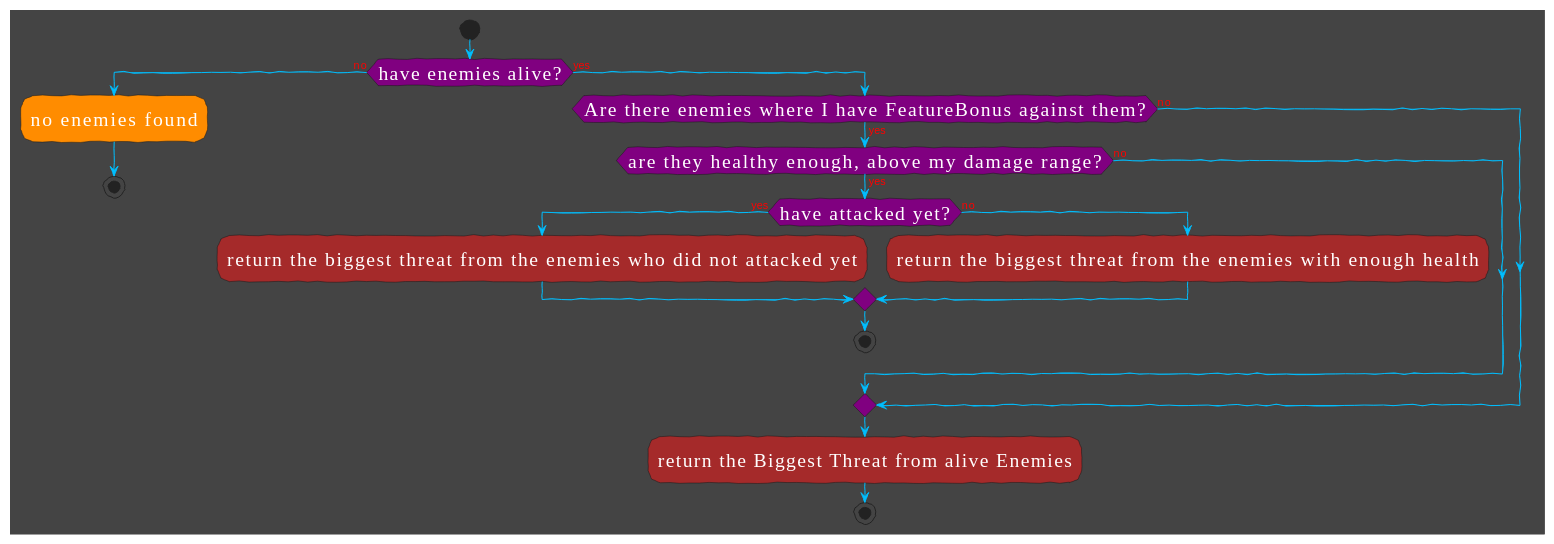
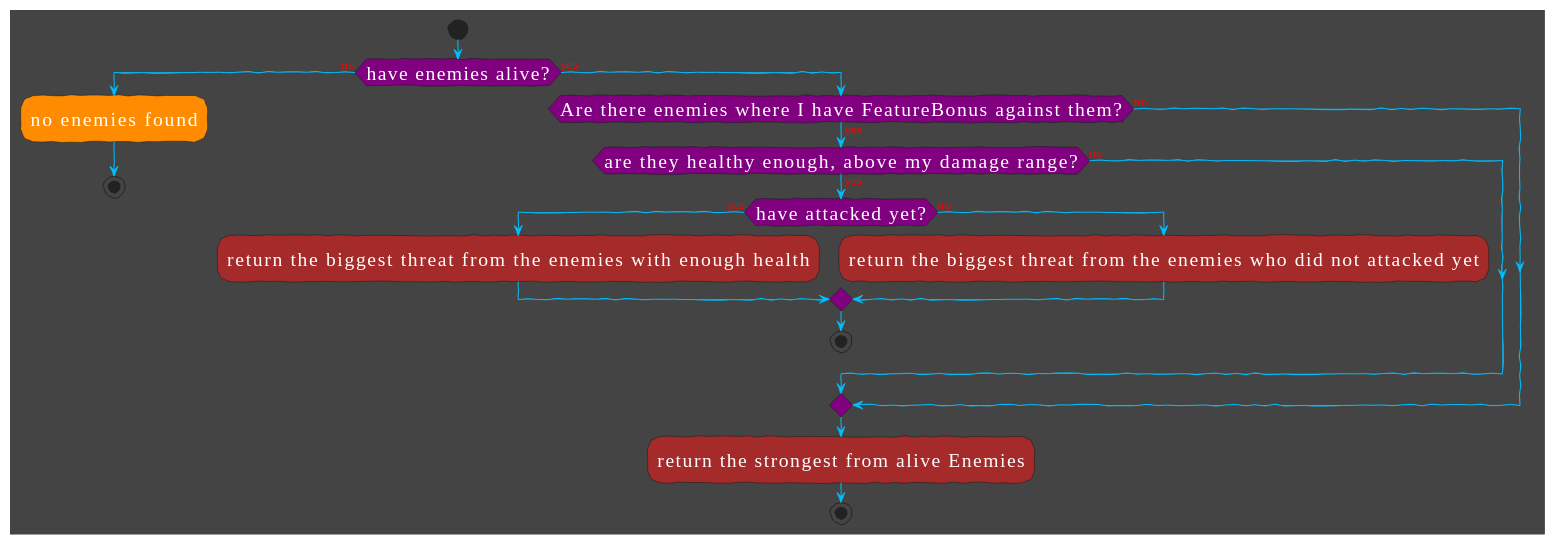
The diagram in src/selectTarget.uml.md (moigithub/totalbattlecaballitos), drawn with PlantUML before and after one commit. The commit also changed 8 other files, not shown here.

```diff
--- a/src/selectTarget.uml.md
+++ b/src/selectTarget.uml.md
@@ -1,39 +1,39 @@
 @startuml
 
 skinparam backgroundColor #444444
 skinparam handwritten true
 skinparam activityFontColor white
 skinparam activityBackgroundColor purple
 skinparam activityFontSize 20
 skinparam activityFontName Aapex
 
 skinparam sequence {
 ArrowColor DeepSkyBlue
 ActorBorderColor DeepSkyBlue
 LifeLineBorderColor blue
 LifeLineBackgroundColor #A9DCDF
 
 }
 
 start
   if (have enemies alive?) then (<color:red>no)
     #darkorange:no enemies found;
     stop
   else (<color:red>yes)
     if (Are there enemies where I have FeatureBonus against them?) then (<color:red>yes)
       if (are they healthy enough, above my damage range?) then (<color:red>yes)
         if (have attacked yet?) then (<color:red>yes)
+          #brown:return the biggest threat from the enemies with enough health;
+        else (<color:red>no)
           #brown:return the biggest threat from the enemies who did not attacked yet;
-        else (<color:red>no)
-          #brown:return the biggest threat from the enemies with enough health;
         endif
         stop
       else (<color:red>no)
       endif
     else (<color:red>no)
     endif
-    #brown:return the Biggest Threat from alive Enemies;
+    #brown:return the strongest from alive Enemies;
     stop
   endif
 
 @enduml
```
